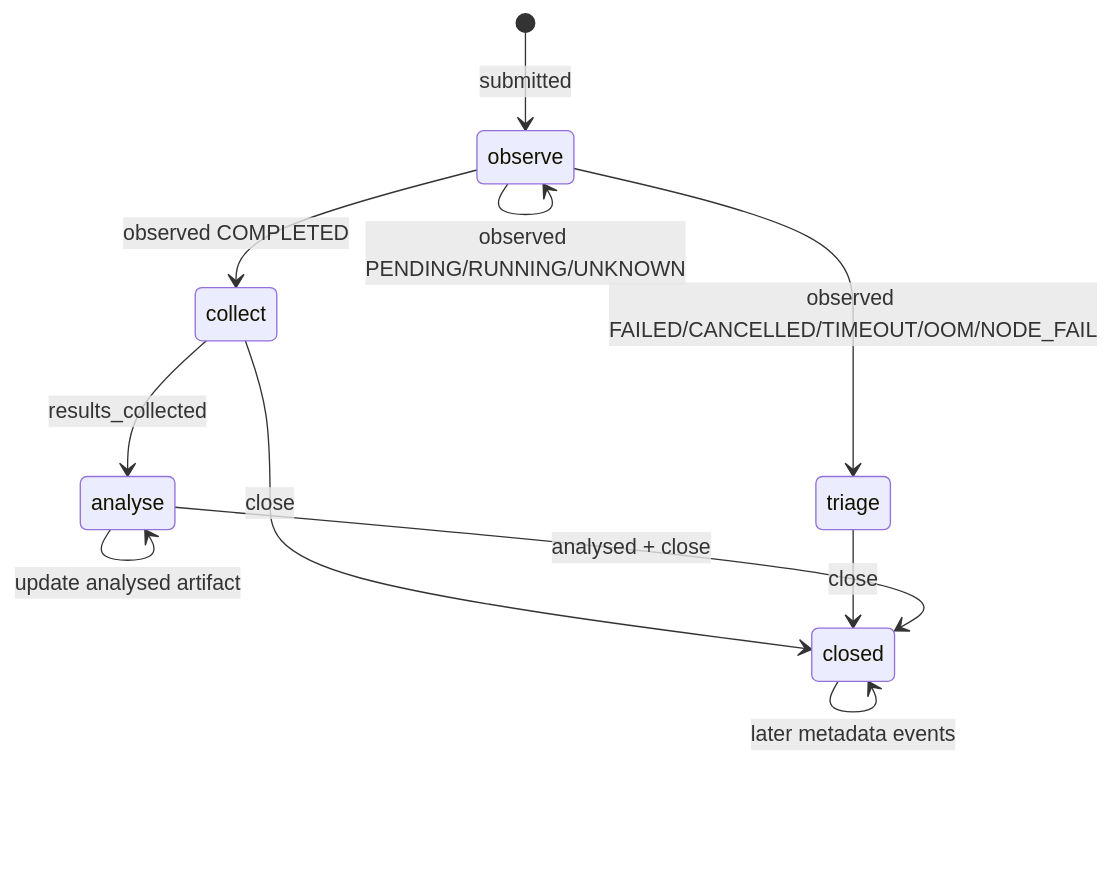
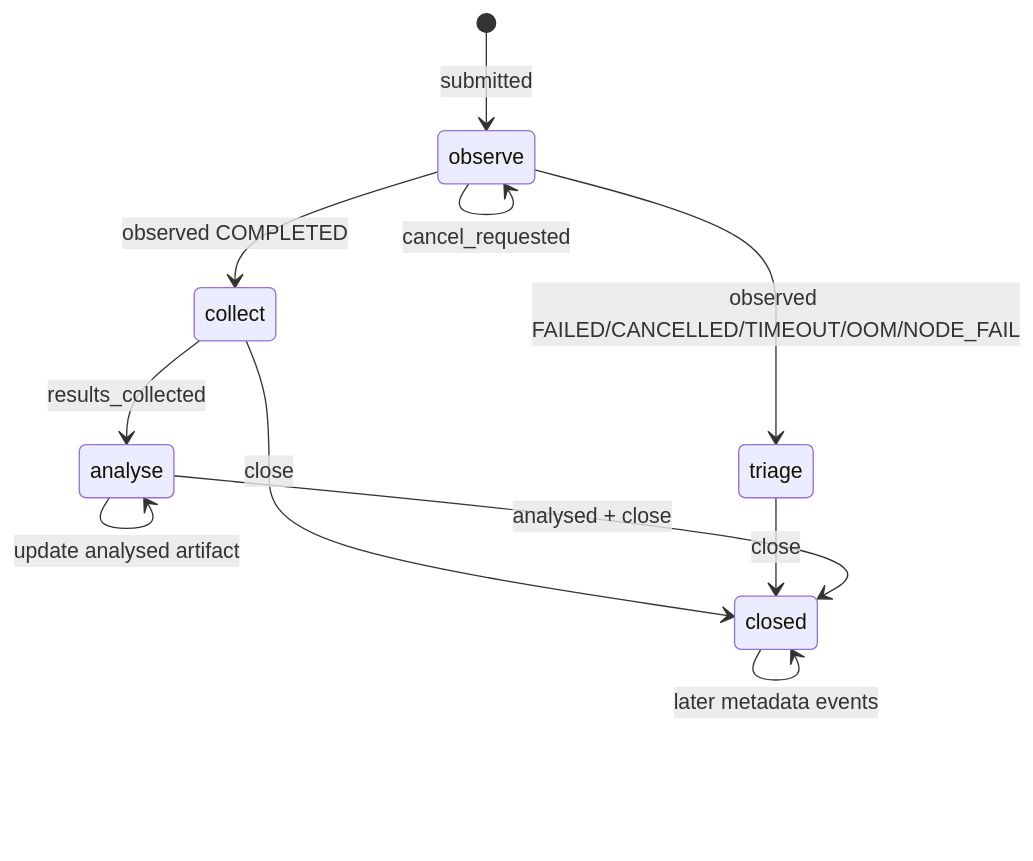
One commit to gjbex/hpc-tools changed the diagram in docs/submissions.md. Above: the diagram before and after it, drawn with Mermaid. The commit also changed other lines of this file and 19 other files, not shown here.

````diff
--- a/docs/submissions.md
+++ b/docs/submissions.md
@@ -315,13 +334,14 @@
 ```mermaid
 stateDiagram-v2
     [*] --> observe: submitted
     observe --> observe: observed PENDING/RUNNING/UNKNOWN
+    observe --> observe: cancel_requested
     observe --> collect: observed COMPLETED
     observe --> triage: observed FAILED/CANCELLED/TIMEOUT/OOM/NODE_FAIL
     collect --> analyse: results_collected
     analyse --> closed: analysed + close
     triage --> closed: close
     collect --> closed: close
     analyse --> analyse: update analysed artifact
     closed --> closed: later metadata events
 ```
````
